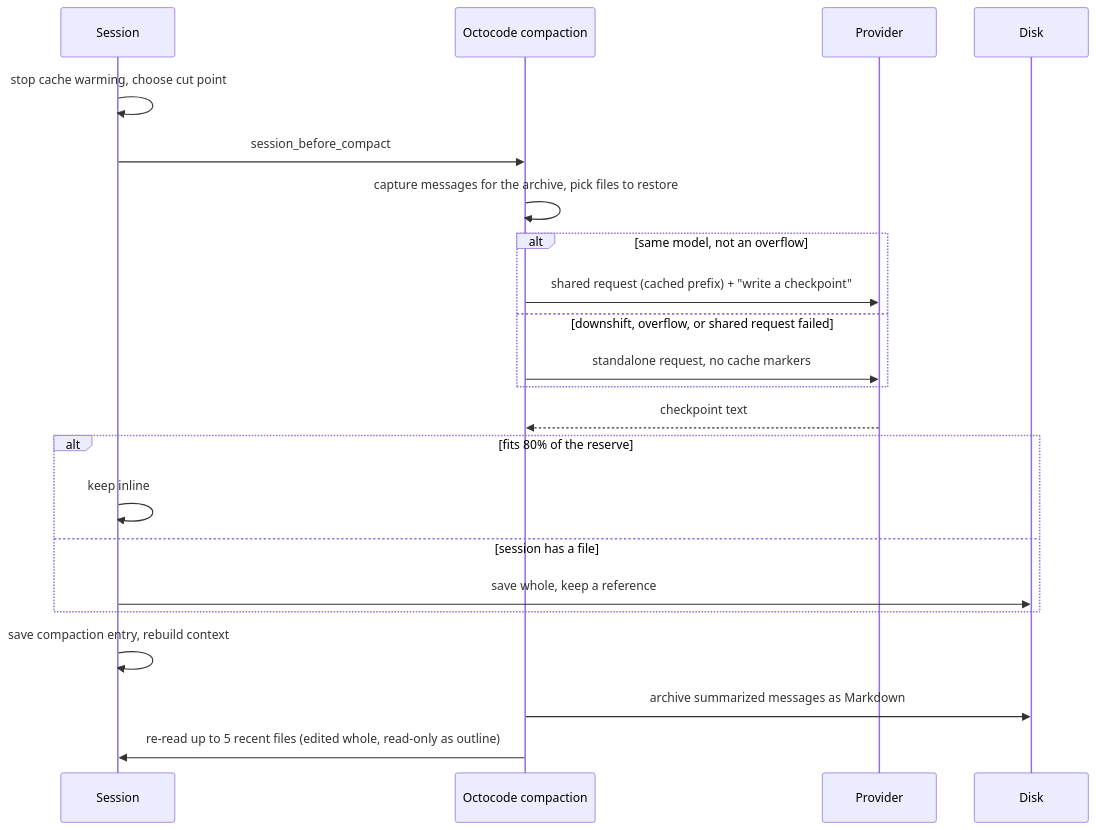
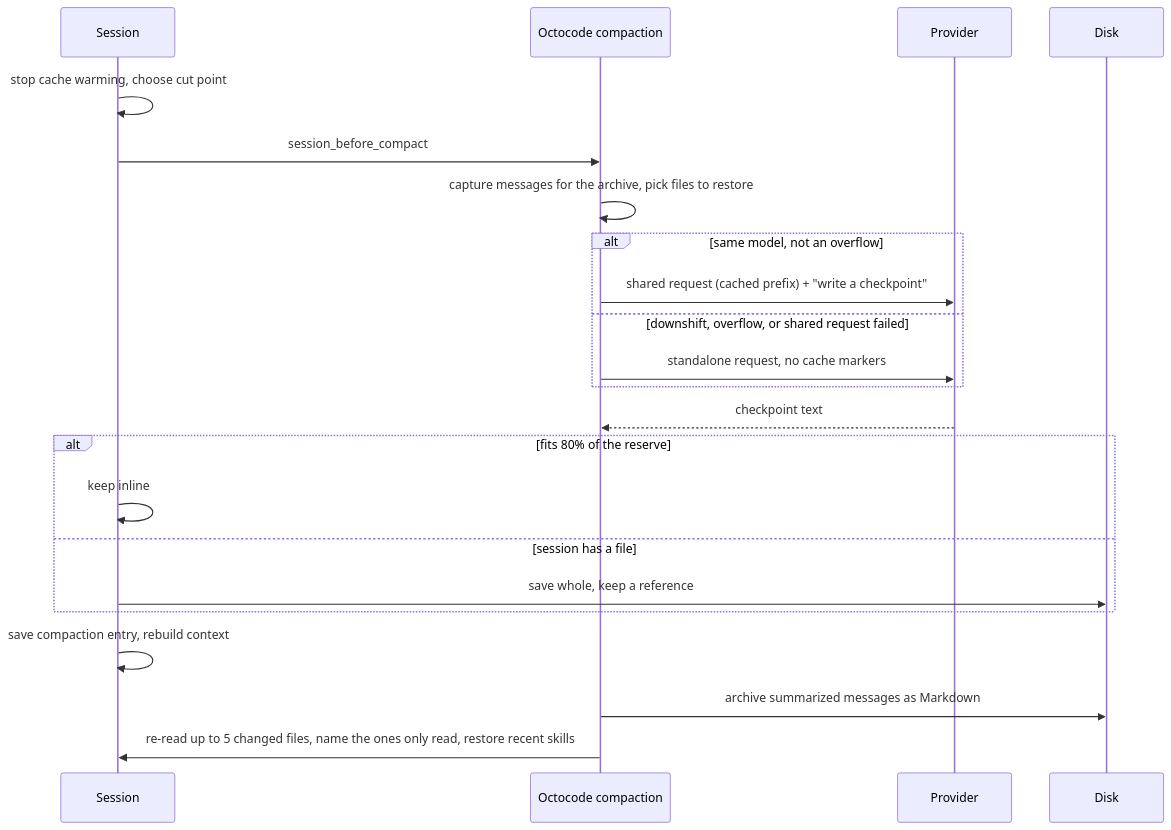
Before and after one commit to bgauryy/octocode-coding-agent: the second of 2 diagrams in docs/CONTEXT.md, drawn with Mermaid. The commit also changed other lines of this file and 781 other files, not shown here.

````diff
--- a/docs/CONTEXT.md
+++ b/docs/CONTEXT.md
@@ -110,24 +111,24 @@
 ```mermaid
 sequenceDiagram
     participant S as Session
     participant X as Octocode compaction
     participant P as Provider
     participant D as Disk
     S->>S: stop cache warming, choose cut point
     S->>X: session_before_compact
     X->>X: capture messages for the archive, pick files to restore
     alt same model, not an overflow
         X->>P: shared request (cached prefix) + "write a checkpoint"
     else downshift, overflow, or shared request failed
         X->>P: standalone request, no cache markers
     end
     P-->>X: checkpoint text
     alt fits 80% of the reserve
         S->>S: keep inline
     else session has a file
         S->>D: save whole, keep a reference
     end
     S->>S: save compaction entry, rebuild context
     X->>D: archive summarized messages as Markdown
-    X->>S: re-read up to 5 recent files (edited whole, read-only as outline)
+    X->>S: re-read up to 5 changed files, name the ones only read, restore recent skills
 ```
````
